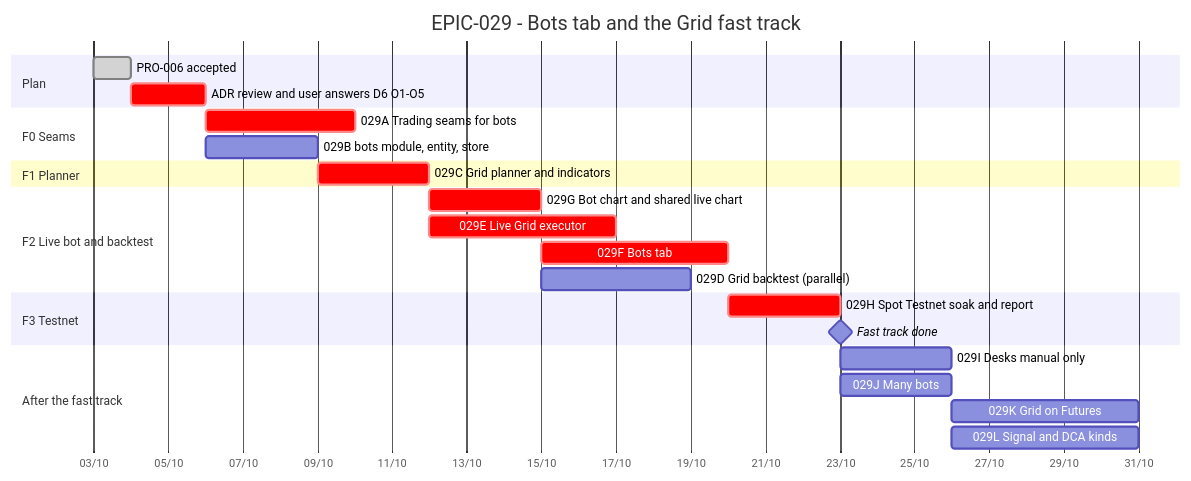
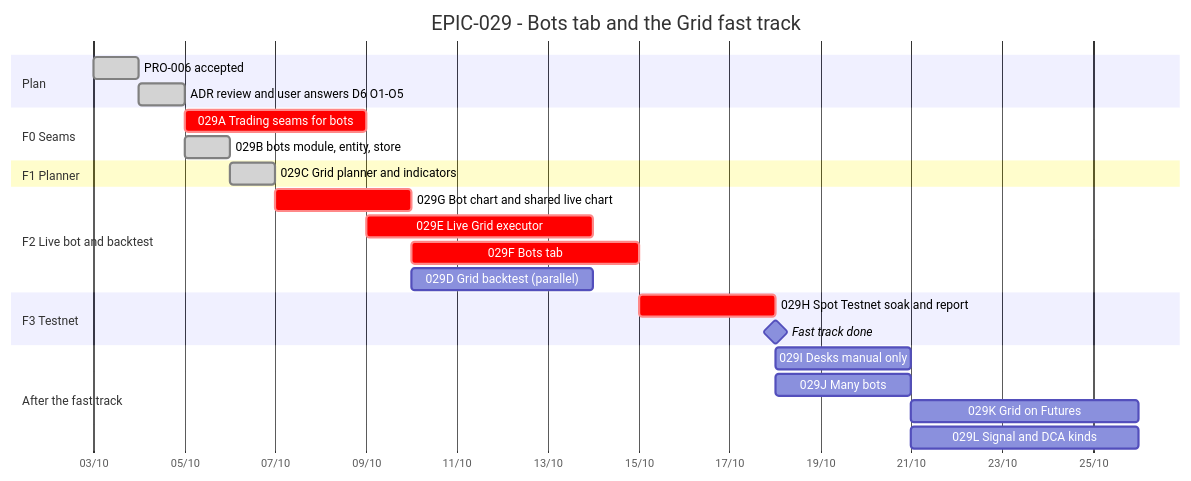
The diagram in Tasks/epics/EPIC-029_bots_tab_grid_fast_track/TRACKING.md (anhembedded/Sagittarius_Elite_Warrior), drawn with Mermaid before and after one commit. The commit also changed other lines of this file and 4 other files, not shown here.

````diff
--- a/Tasks/epics/EPIC-029_bots_tab_grid_fast_track/TRACKING.md
+++ b/Tasks/epics/EPIC-029_bots_tab_grid_fast_track/TRACKING.md
@@ -13,34 +13,34 @@
 ```mermaid
 gantt
     title EPIC-029 - Bots tab and the Grid fast track
     dateFormat  YYYY-MM-DD
     axisFormat  %d/%m
     todayMarker stroke-width:2px,stroke:#d33,opacity:0.6
 
     section Plan
     PRO-006 accepted                         :done,    s1, 2026-10-03, 1d
-    ADR review and user answers D6 O1-O5     :crit,    s2, after s1, 2d
+    ADR review and user answers D6 O1-O5     :done,    s2, after s1, 1d
 
     section F0 Seams
     029A Trading seams for bots              :crit,    a, after s2, 4d
-    029B bots module, entity, store          :         b, after s2, 3d
+    029B bots module, entity, store          :done,    b, after s2, 1d
 
     section F1 Planner
-    029C Grid planner and indicators         :crit,    c, after b, 3d
+    029C Grid planner and indicators         :done,    c, after b, 1d
 
     section F2 Live bot and backtest
     029G Bot chart and shared live chart     :crit,    g, after c, 3d
     029E Live Grid executor                  :crit,    e, after a c, 5d
     029F Bots tab                            :crit,    f, after g, 5d
     029D Grid backtest (parallel)            :         d, after g, 4d
 
     section F3 Testnet
     029H Spot Testnet soak and report        :crit,    h, after e f d, 3d
     Fast track done                          :milestone, m1, after h, 0d
 
     section After the fast track
     029I Desks manual only                   :         i, after m1, 3d
     029J Many bots                           :         j, after m1, 3d
     029K Grid on Futures                     :         k, after j, 5d
     029L Signal and DCA kinds                :         l, after i j, 5d
 ```
````
